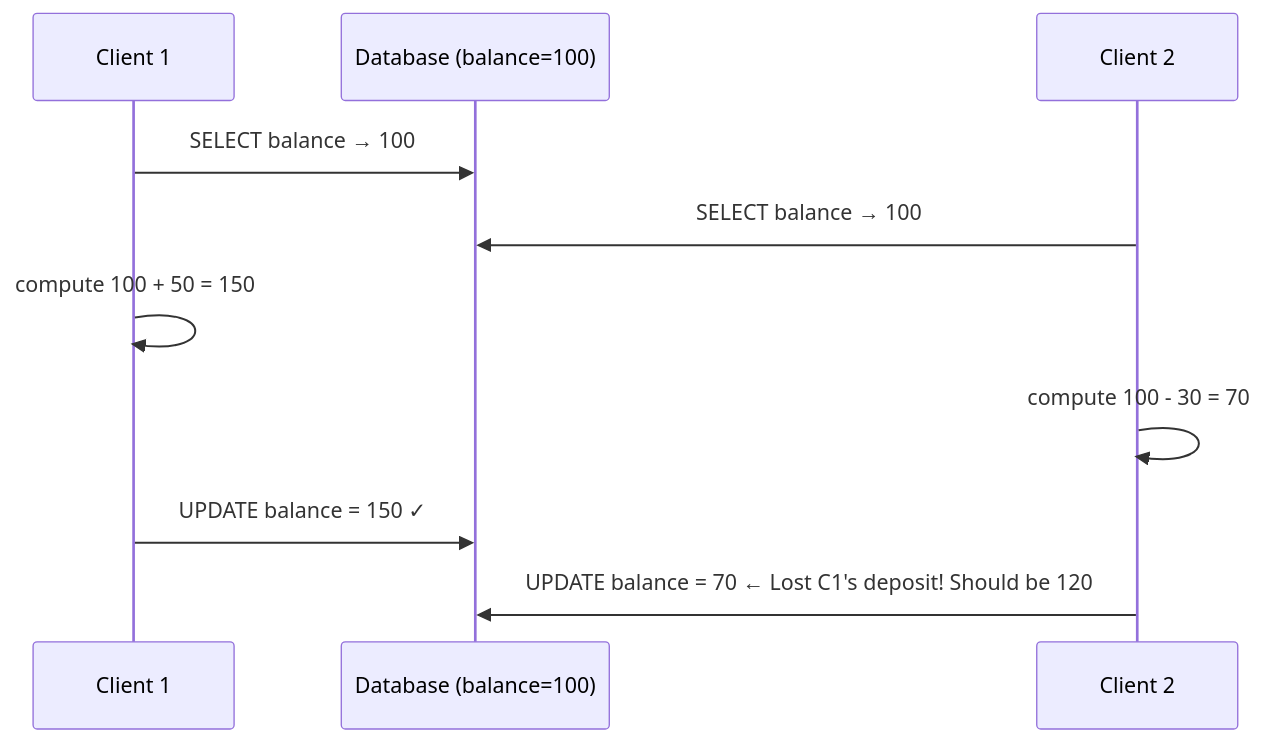
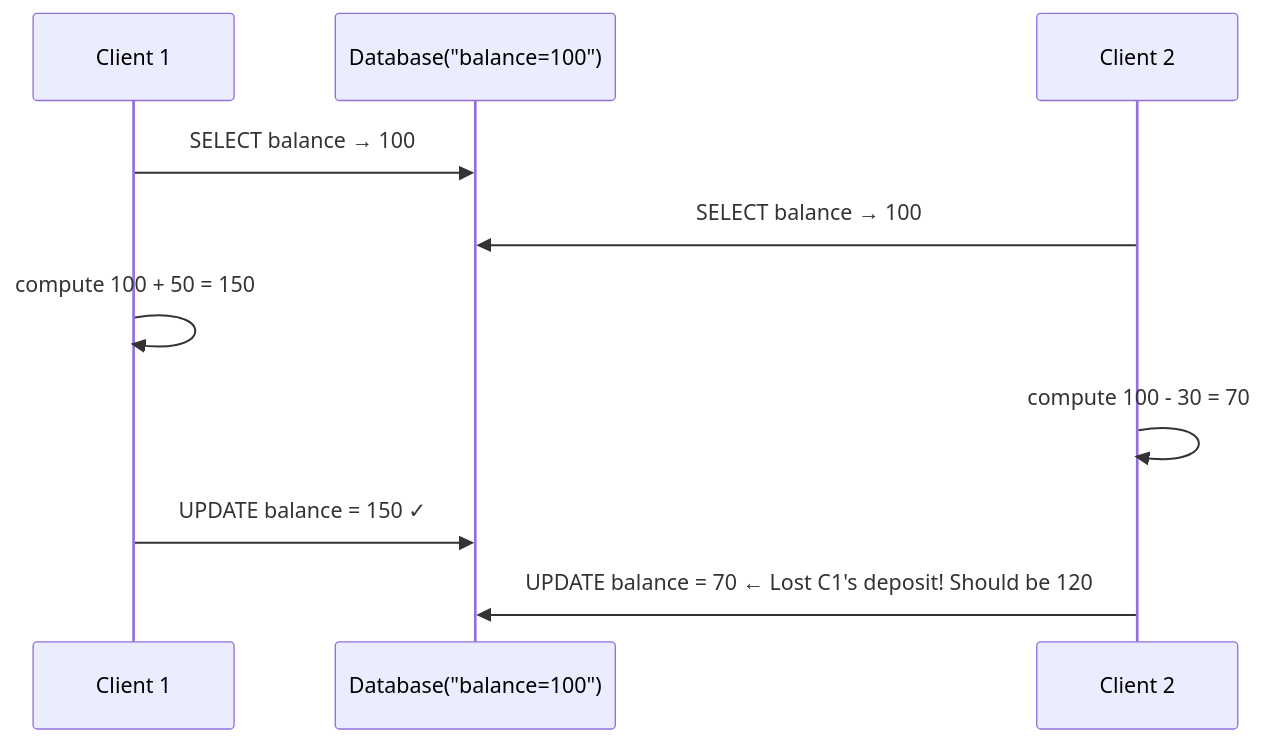
Before and after one commit to pploc/swe-icon-the-moment: the diagram in content/questions/fundamentals/concurrent-writes-entity.md, drawn with Mermaid. The commit also changed 167 other files, not shown here.

````diff
--- a/content/questions/fundamentals/concurrent-writes-entity.md
+++ b/content/questions/fundamentals/concurrent-writes-entity.md
@@ -18,12 +18,13 @@
 ```mermaid
 sequenceDiagram
     participant C1 as Client 1
-    participant DB as Database (balance=100)
+    participant DB as Database("balance=100")
     participant C2 as Client 2
     C1->>DB: SELECT balance → 100
     C2->>DB: SELECT balance → 100
     C1->>C1: compute 100 + 50 = 150
     C2->>C2: compute 100 - 30 = 70
     C1->>DB: UPDATE balance = 150 ✓
     C2->>DB: UPDATE balance = 70  ← Lost C1's deposit! Should be 120
+
 ```
````
